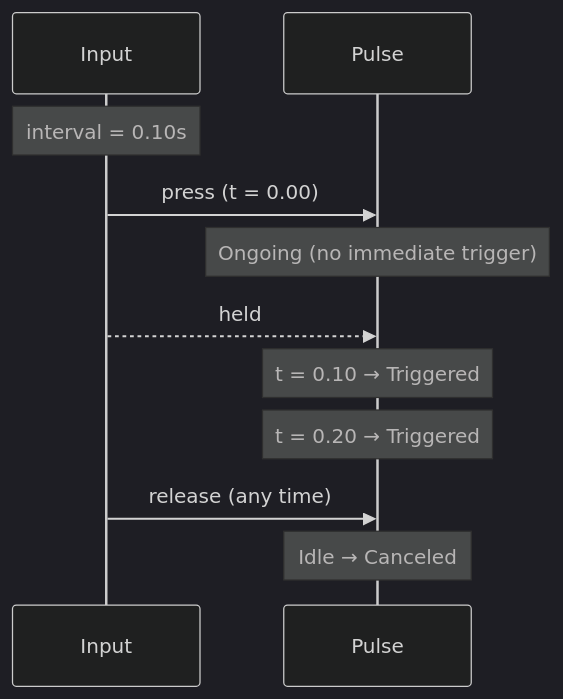
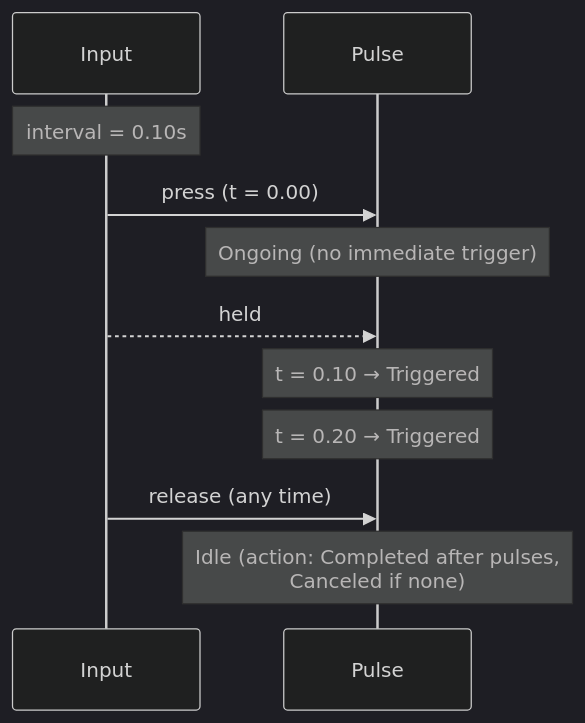
One commit to abdes/DroidNet changed the second of 5 diagrams in projects/Oxygen.Engine/src/Oxygen/Input/Docs/Triggers/Pulse.md. Above: the diagram before and after it, drawn with Mermaid (dark theme). The commit also changed other lines of this file and 9 other files, not shown here.

````diff
--- a/projects/Oxygen.Engine/src/Oxygen/Input/Docs/Triggers/Pulse.md
+++ b/projects/Oxygen.Engine/src/Oxygen/Input/Docs/Triggers/Pulse.md
@@ -40,14 +42,14 @@
 ```mermaid
 sequenceDiagram
   participant Input
   participant Pulse
   Note over Input: interval = 0.10s
 
   Input->>Pulse: press (t = 0.00)
   Note over Pulse: Ongoing (no immediate trigger)
   Input-->>Pulse: held
   Note over Pulse: t = 0.10 → Triggered
   Note over Pulse: t = 0.20 → Triggered
   Input->>Pulse: release (any time)
-  Note over Pulse: Idle → Canceled
+  Note over Pulse: Idle (action: Completed after pulses,<br/>Canceled if none)
 ```
````
